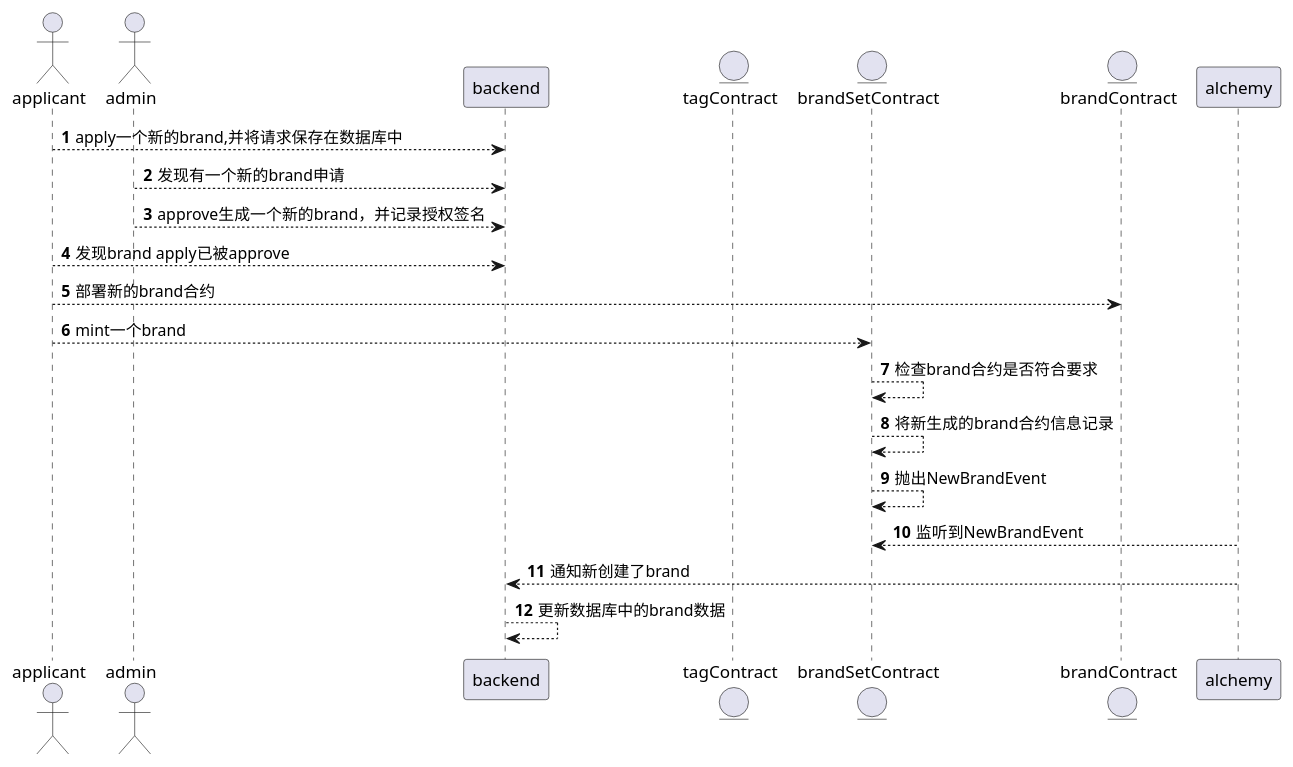
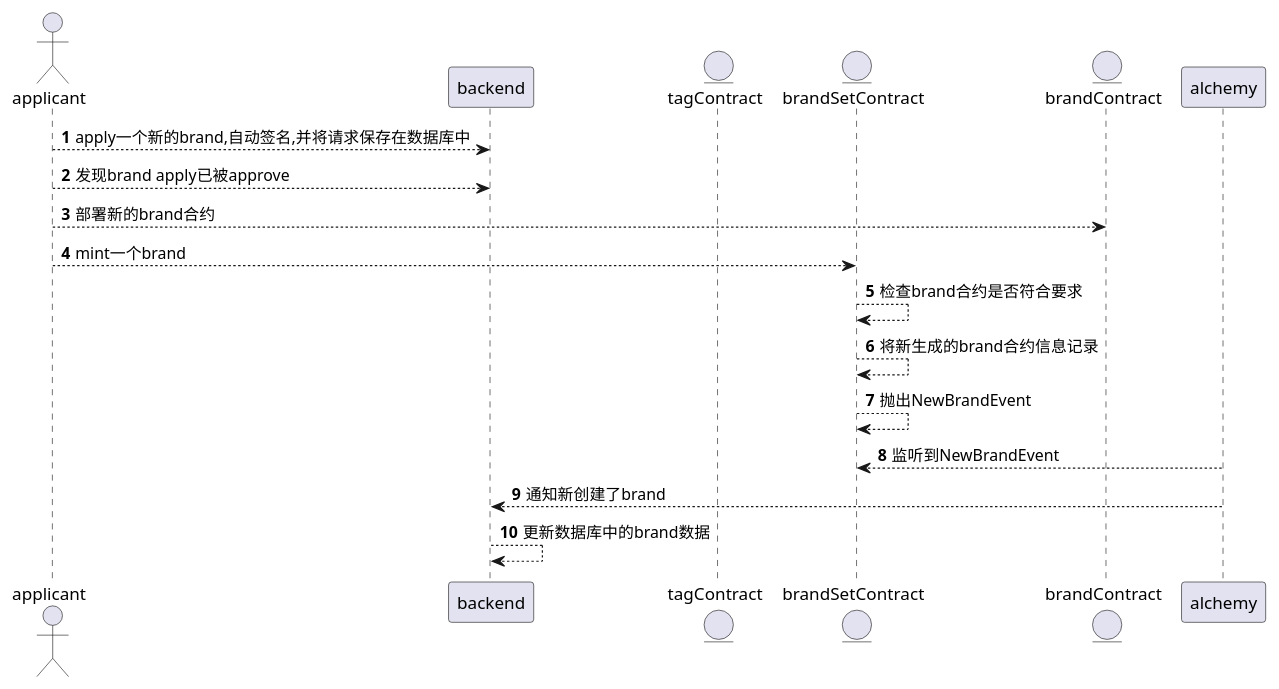
The diagram in docs/新增Brand时序图.puml (Taggie3/contract), drawn with PlantUML before and after one commit.

Commit message:
调整brand逻辑

```diff
--- a/docs/新增Brand时序图.puml
+++ b/docs/新增Brand时序图.puml
@@ -1,27 +1,24 @@
 @startuml
 'https://plantuml.com/sequence-diagram
 
 autonumber
 
 actor applicant as applicant
-actor admin as admin
 participant backend as backend
 entity tagContract as tagContract
 entity brandSetContract as brandSetContract
 entity brandContract as brandContract
 participant alchemy as alchemy
 
-applicant --> backend: apply一个新的brand,并将请求保存在数据库中
-admin --> backend: 发现有一个新的brand申请
-admin --> backend: approve生成一个新的brand，并记录授权签名
+applicant --> backend: apply一个新的brand,自动签名,并将请求保存在数据库中
 applicant --> backend: 发现brand apply已被approve
 applicant --> brandContract: 部署新的brand合约
 applicant --> brandSetContract: mint一个brand
 brandSetContract --> brandSetContract: 检查brand合约是否符合要求
 brandSetContract --> brandSetContract: 将新生成的brand合约信息记录
 brandSetContract --> brandSetContract: 抛出NewBrandEvent
 alchemy --> brandSetContract:监听到NewBrandEvent
 alchemy --> backend: 通知新创建了brand
 backend --> backend: 更新数据库中的brand数据
 
 @enduml
```
